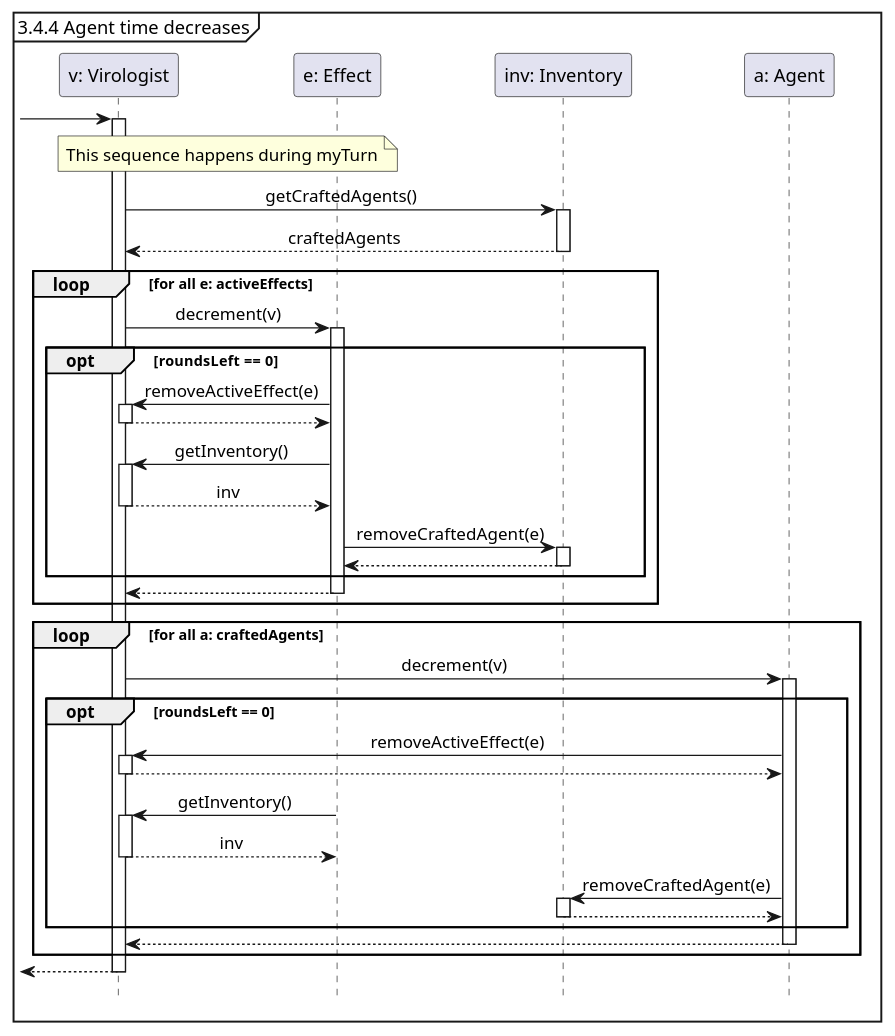
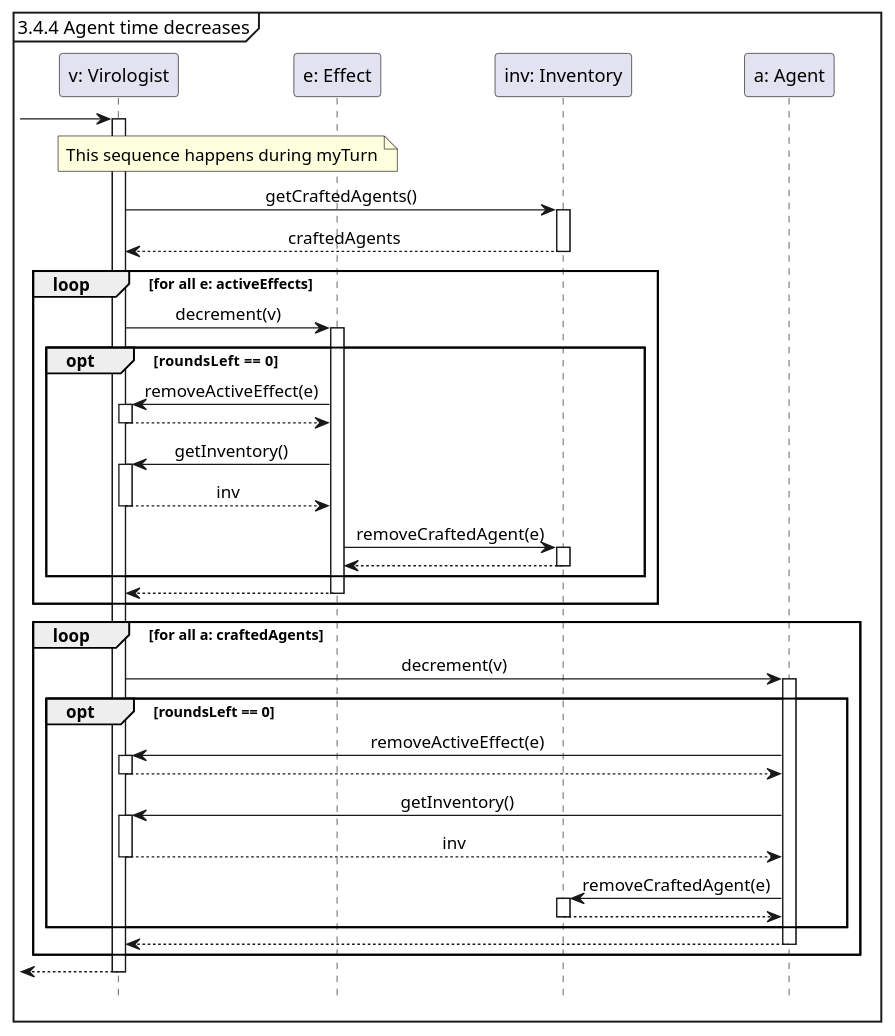
The diagram in docs/seqDiagrams/03_2agentTimeDecreases.puml (Tschonti/503-service-unavailable), drawn with PlantUML before and after one commit. The commit also changed 4 other files, not shown here.

```diff
--- a/docs/seqDiagrams/03_2agentTimeDecreases.puml
+++ b/docs/seqDiagrams/03_2agentTimeDecreases.puml
@@ -1,41 +1,41 @@
 @startuml
 hide footbox
 skinparam sequenceMessageAlign center
 
 mainframe 3.4.4 Agent time decreases
 
 participant "v: Virologist" as v
 participant "e: Effect" as e
 participant "inv: Inventory" as inv
 participant "a: Agent" as a
 
 -> v++:
 note over v,e : This sequence happens during myTurn
 v -> inv ++ : getCraftedAgents()
 return craftedAgents
     loop for all e: activeEffects
         v -> e ++ : decrement(v)
         opt roundsLeft ==  0
             e -> v ++ : removeActiveEffect(e)
             return
             e -> v ++ : getInventory()
             return inv
             e -> inv ++ : removeCraftedAgent(e)
             return
         end
         return
     end
     loop for all a: craftedAgents
         v -> a++ : decrement(v)
             opt roundsLeft == 0
                 a -> v ++ : removeActiveEffect(e)
                 return
-                e -> v ++ : getInventory()
+                a -> v ++ : getInventory()
                 return inv
                 a -> inv ++ : removeCraftedAgent(e)
                 return
             end
         return
     end
 return
 @enduml
```
